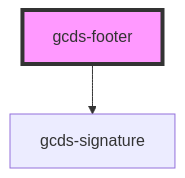
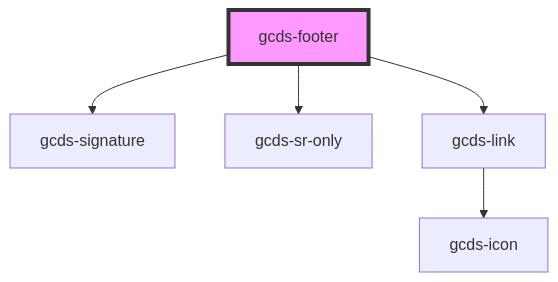
Before and after one commit to cds-snc/gcds-components: the diagram in packages/web/src/components/gcds-footer/readme.md, drawn with Mermaid. The commit also changed other lines of this file and 159 other files, not shown here.

````diff
--- a/packages/web/src/components/gcds-footer/readme.md
+++ b/packages/web/src/components/gcds-footer/readme.md
@@ -26,5 +28,8 @@
 ```mermaid
 graph TD;
   gcds-footer --> gcds-signature
+  gcds-footer --> gcds-sr-only
+  gcds-footer --> gcds-link
+  gcds-link --> gcds-icon
   style gcds-footer fill:#f9f,stroke:#333,stroke-width:4px
 ```
````
